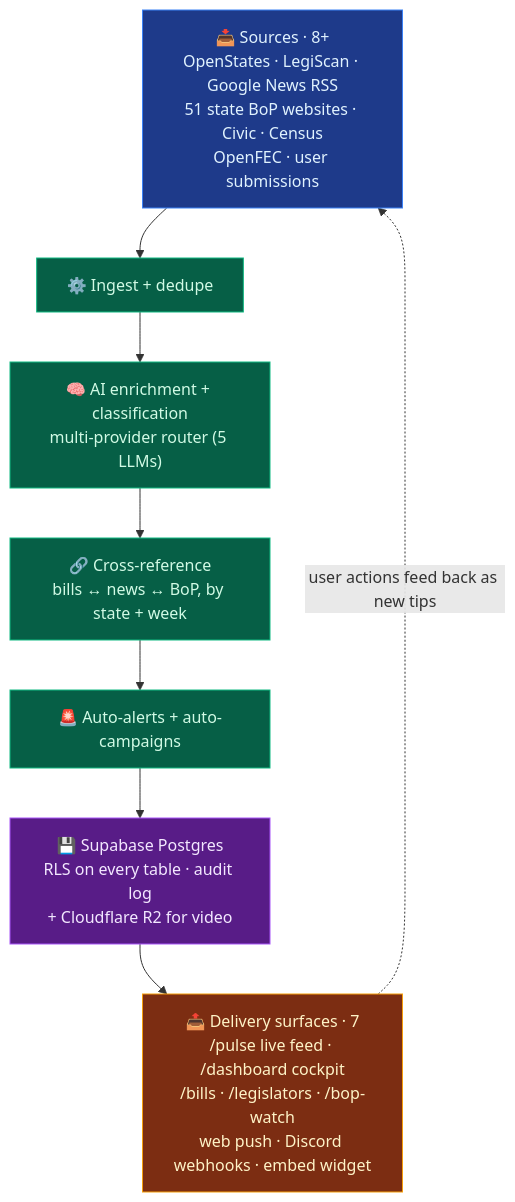
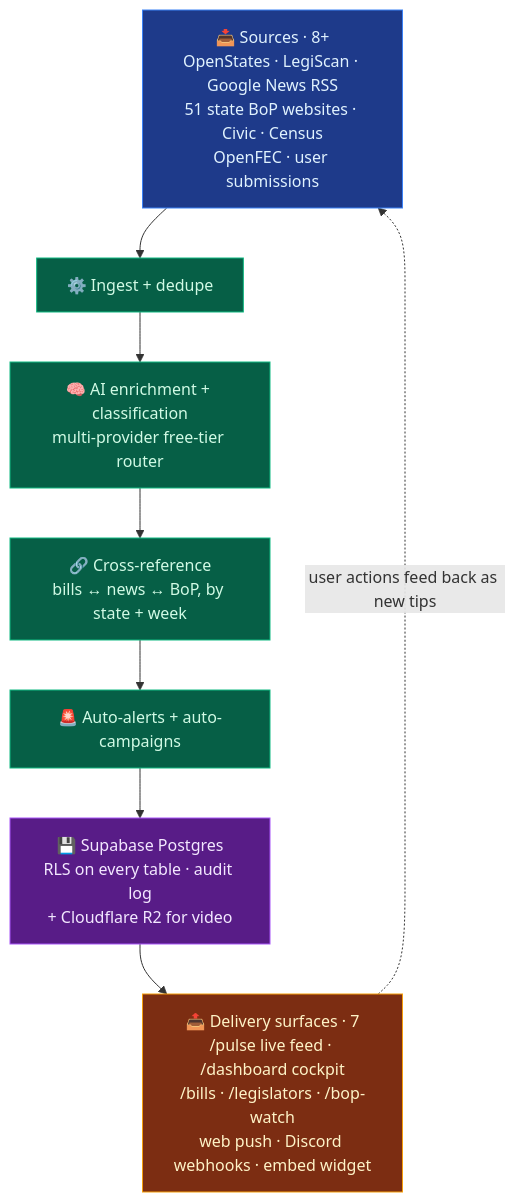
Before and after one commit to ohjustadam/ikratom: the first of 10 diagrams in ARCHITECTURE_PUBLIC.md, drawn with Mermaid. The commit also changed other lines of this file and 20 other files, not shown here.

````diff
--- a/ARCHITECTURE_PUBLIC.md
+++ b/ARCHITECTURE_PUBLIC.md
@@ -44,22 +44,22 @@
 ```mermaid
 flowchart TB
   classDef src fill:#1e3a8a,stroke:#3b82f6,color:#e0f2fe
   classDef proc fill:#065f46,stroke:#10b981,color:#d1fae5
   classDef store fill:#581c87,stroke:#a855f7,color:#f3e8ff
   classDef surf fill:#7c2d12,stroke:#f59e0b,color:#fef3c7
 
   S["📥 Sources · 8+<br/>OpenStates · LegiScan · Google News RSS<br/>51 state BoP websites · Civic · Census<br/>OpenFEC · user submissions"]:::src
 
   P1["⚙️ Ingest + dedupe"]:::proc
-  P2["🧠 AI enrichment + classification<br/>multi-provider router (5 LLMs)"]:::proc
+  P2["🧠 AI enrichment + classification<br/>multi-provider free-tier router"]:::proc
   P3["🔗 Cross-reference<br/>bills ↔ news ↔ BoP, by state + week"]:::proc
   P4["🚨 Auto-alerts + auto-campaigns"]:::proc
 
   DB["💾 Supabase Postgres<br/>RLS on every table · audit log<br/>+ Cloudflare R2 for video"]:::store
 
   U["📤 Delivery surfaces · 7<br/>/pulse live feed · /dashboard cockpit<br/>/bills · /legislators · /bop-watch<br/>web push · Discord webhooks · embed widget"]:::surf
 
   S --> P1 --> P2 --> P3 --> P4
   P4 --> DB --> U
   U -.user actions feed back as new tips.-> S
 ```
````
